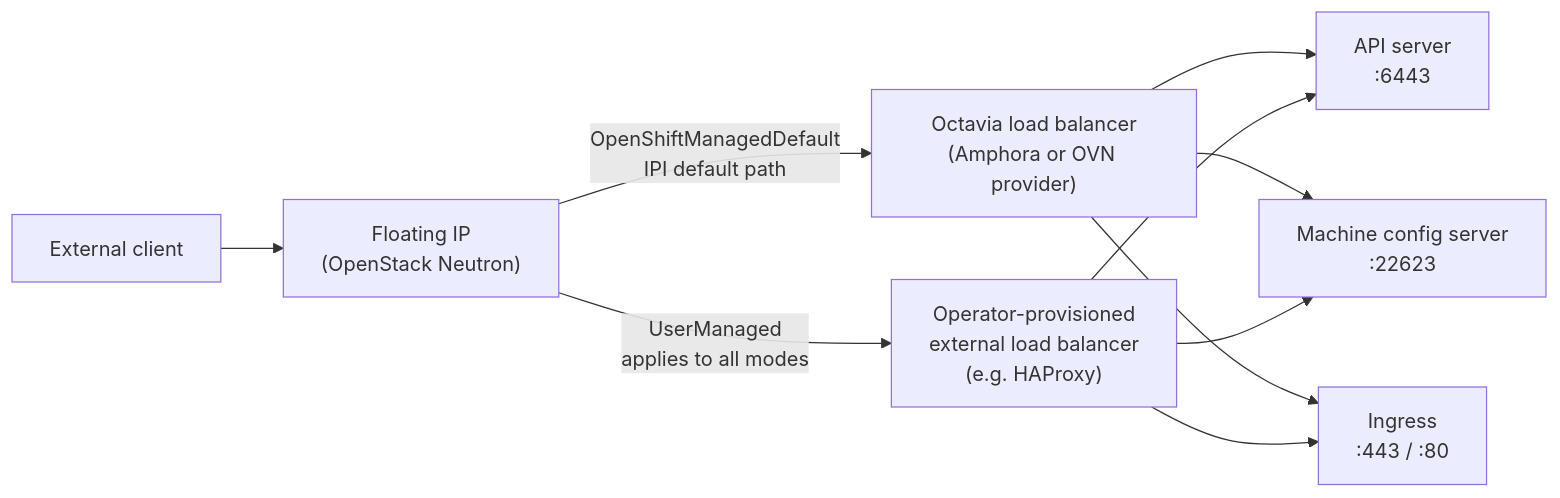
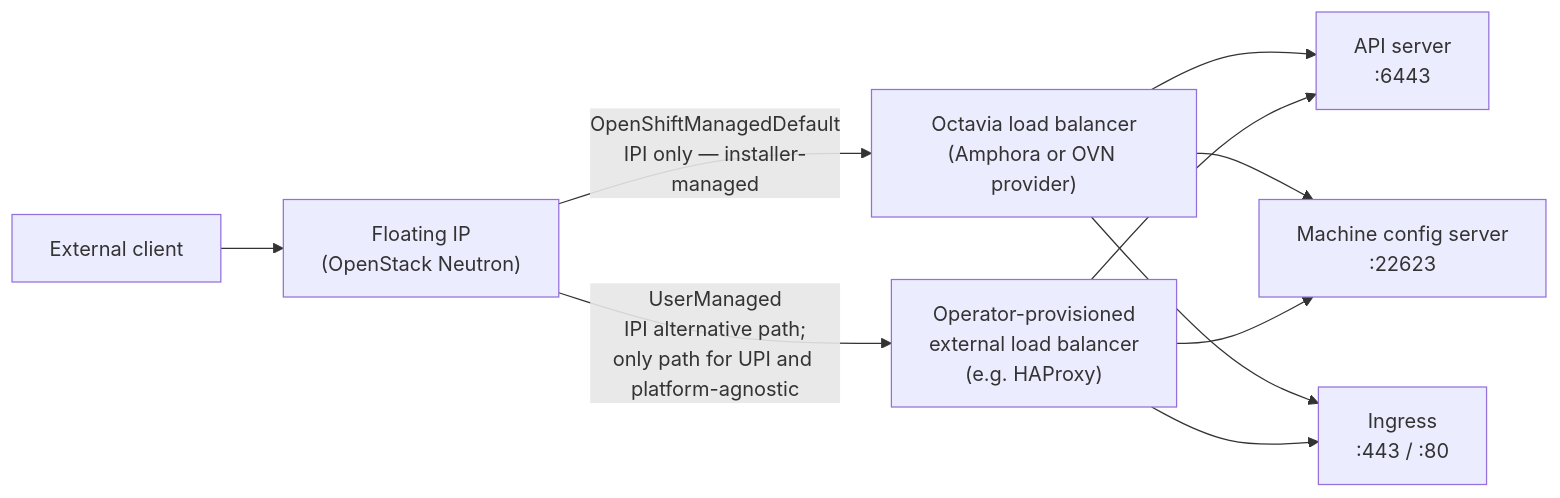
One commit to sawoohoorun/ocp-deployment-mode changed the fifth of 10 diagrams in docs/openshift-on-rhoso-openstack-deployment-comparison.md. Above: the diagram before and after it, drawn with Mermaid. The commit also changed other lines of this file and 1 other file, not shown here.

````diff
--- a/docs/openshift-on-rhoso-openstack-deployment-comparison.md
+++ b/docs/openshift-on-rhoso-openstack-deployment-comparison.md
@@ -232,12 +232,12 @@
 ```mermaid
 flowchart LR
     Client["External client"] --> FIP["Floating IP\n(OpenStack Neutron)"]
-    FIP -->|"OpenShiftManagedDefault\nIPI default path"| OCT["Octavia load balancer\n(Amphora or OVN provider)"]
-    FIP -->|"UserManaged\napplies to all modes"| EXT["Operator-provisioned\nexternal load balancer\n(e.g. HAProxy)"]
+    FIP -->|"OpenShiftManagedDefault\nIPI only — installer-managed"| OCT["Octavia load balancer\n(Amphora or OVN provider)"]
+    FIP -->|"UserManaged\nIPI alternative path;\nonly path for UPI and platform-agnostic"| EXT["Operator-provisioned\nexternal load balancer\n(e.g. HAProxy)"]
     OCT --> API["API server\n:6443"]
     OCT --> MCS["Machine config server\n:22623"]
     OCT --> ING["Ingress\n:443 / :80"]
     EXT --> API
     EXT --> MCS
     EXT --> ING
 ```
````
